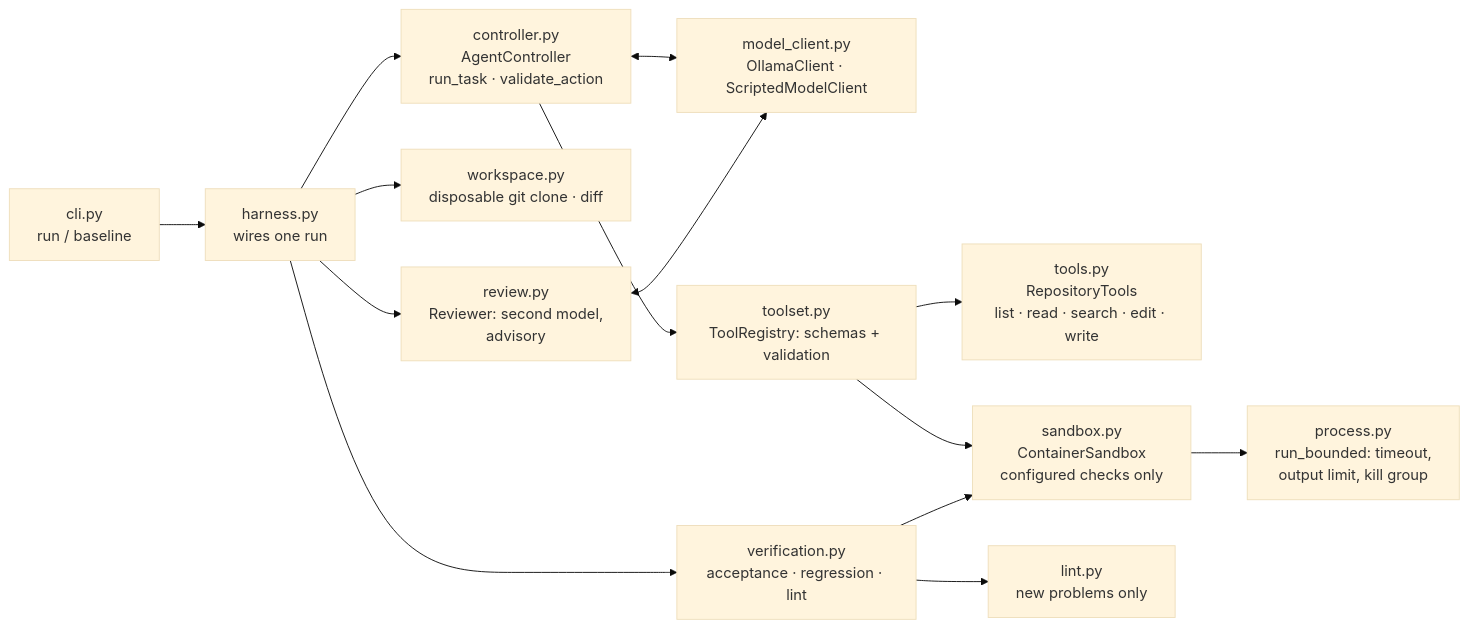
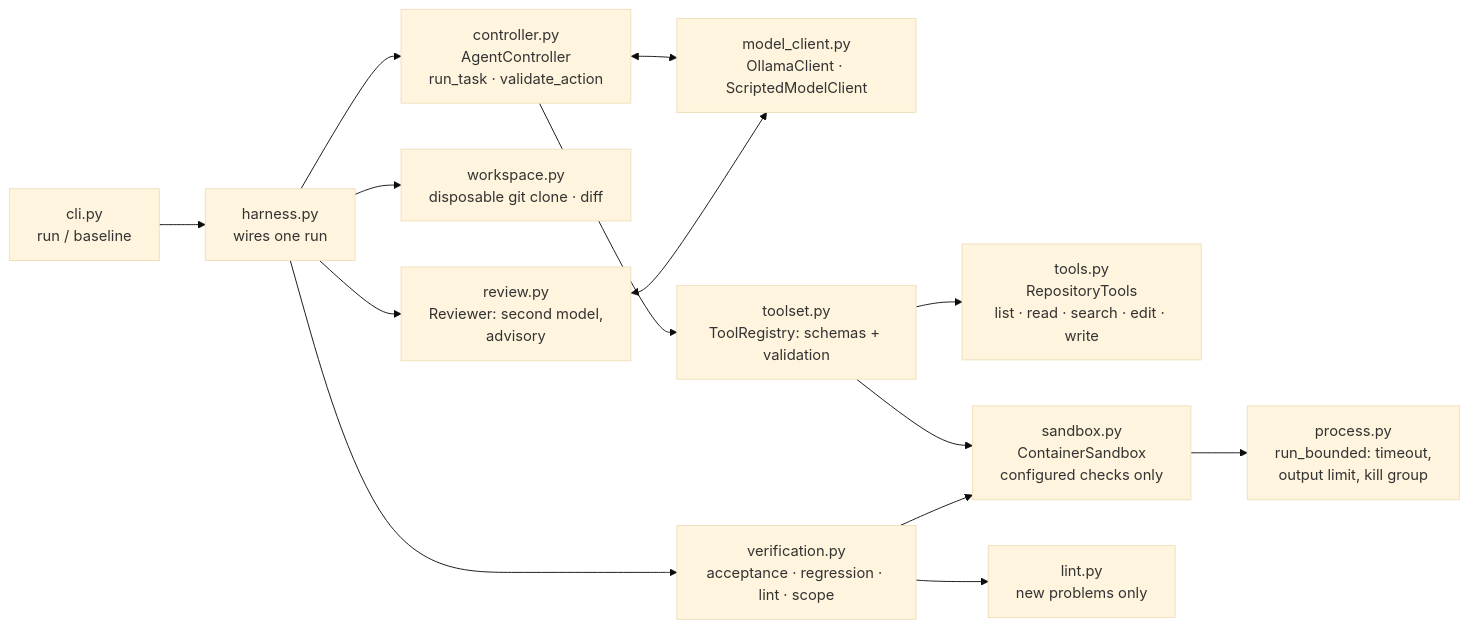
Before and after one commit to Sevyls/aaia-coding-harness: the first of 2 diagrams in README.md, drawn with Mermaid (base theme). The commit also changed other lines of this file and 10 other files, not shown here.

````diff
--- a/README.md
+++ b/README.md
@@ -44,16 +44,16 @@
 ```mermaid
 flowchart LR
     CLI["cli.py<br/>run / baseline"] --> H["harness.py<br/>wires one run"]
     H --> C["controller.py<br/>AgentController<br/>run_task · validate_action"]
     C <--> M["model_client.py<br/>OllamaClient · ScriptedModelClient"]
     C --> T["toolset.py<br/>ToolRegistry: schemas + validation"]
     T --> R["tools.py<br/>RepositoryTools<br/>list · read · search · edit · write"]
     T --> S["sandbox.py<br/>ContainerSandbox<br/>configured checks only"]
     S --> P["process.py<br/>run_bounded: timeout,<br/>output limit, kill group"]
     H --> W["workspace.py<br/>disposable git clone · diff"]
-    H --> V["verification.py<br/>acceptance · regression · lint"]
+    H --> V["verification.py<br/>acceptance · regression · lint · scope"]
     V --> S
     V --> LI["lint.py<br/>new problems only"]
     H --> RV["review.py<br/>Reviewer: second model,<br/>advisory"]
     RV <--> M
 ```
````
